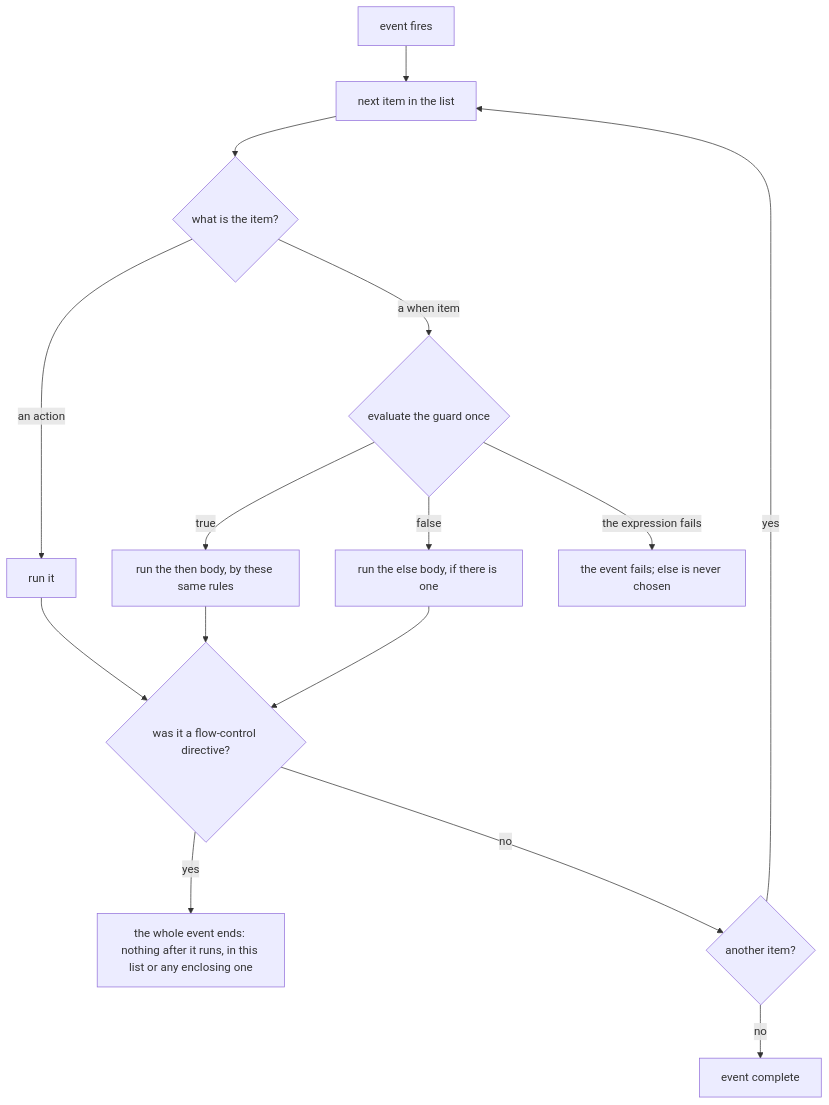
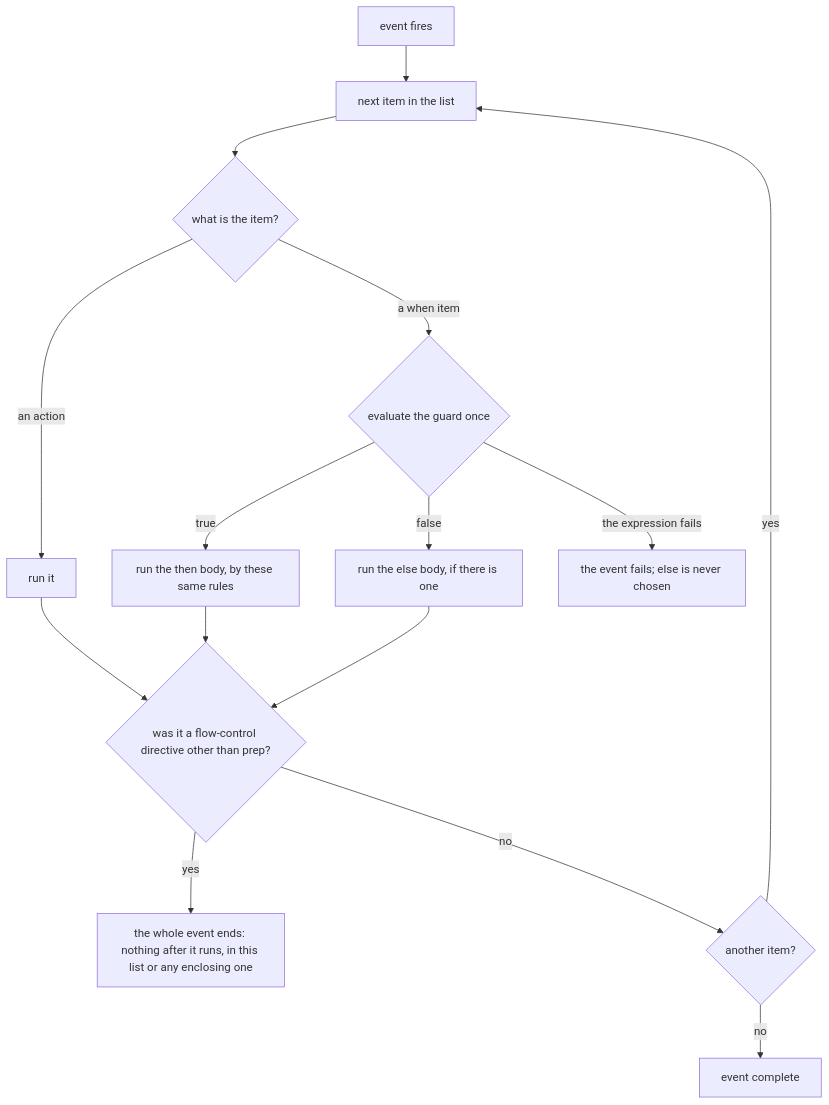
One commit to yankeeinlondon/rusty-biscuit changed the first of 4 diagrams in claudine/docs/topics/flow-control/lifecycle.md. Above: the diagram before and after it, drawn with Mermaid. The commit also changed other lines of this file and 16 other files, not shown here.

````diff
--- a/claudine/docs/topics/flow-control/lifecycle.md
+++ b/claudine/docs/topics/flow-control/lifecycle.md
@@ -231,17 +231,17 @@
 ```mermaid
 flowchart TD
     A["event fires"] --> B["next item in the list"]
     B --> C{"what is the item?"}
     C -- "an action" --> D["run it"]
     C -- "a when item" --> E{"evaluate the guard once"}
     E -- "true" --> F["run the then body, by these same rules"]
     E -- "false" --> G["run the else body, if there is one"]
     E -- "the expression fails" --> X["the event fails; else is never chosen"]
-    D --> H{"was it a flow-control directive?"}
+    D --> H{"was it a flow-control directive other than prep?"}
     F --> H
     G --> H
     H -- "yes" --> Z["the whole event ends: nothing after it runs, in this list or any enclosing one"]
     H -- "no" --> I{"another item?"}
     I -- "yes" --> B
     I -- "no" --> J["event complete"]
 ```
````
